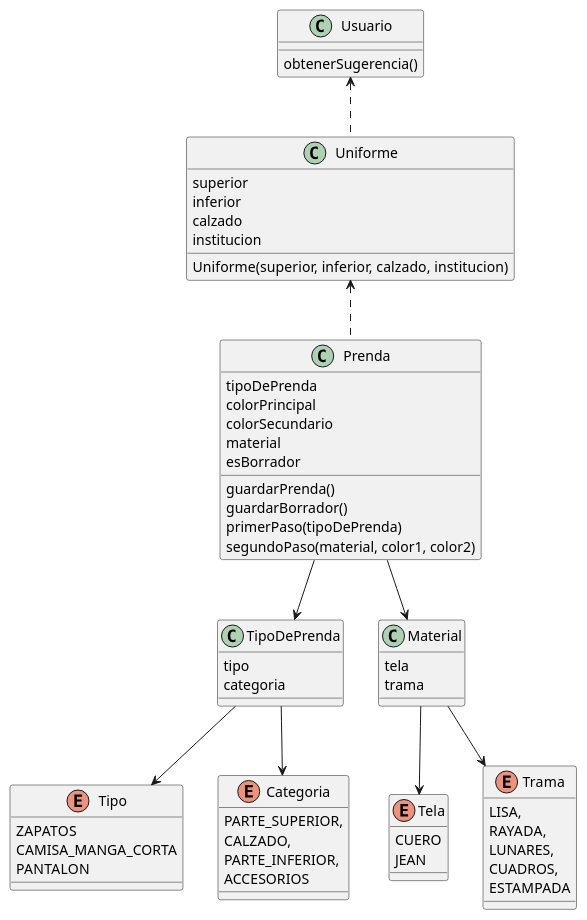
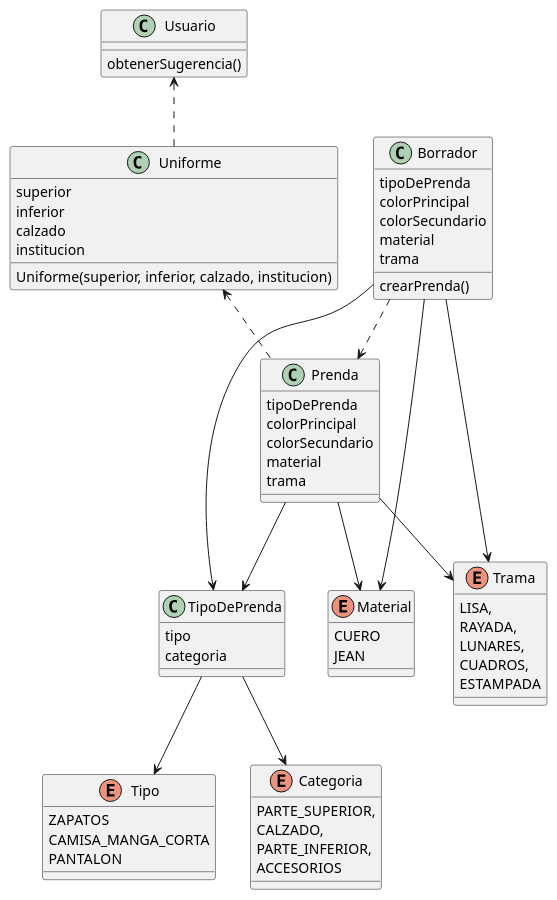
The diagram in diagrama.puml (mottato/que-me-pongo), drawn with PlantUML before and after one commit. The commit also changed 6 other files, not shown here.

```diff
--- a/diagrama.puml
+++ b/diagrama.puml
@@ -1,78 +1,79 @@
 @startuml
+class Borrador {
+    tipoDePrenda
+    colorPrincipal
+    colorSecundario
+    material
+    trama
+    crearPrenda()
+}
 
 class Prenda {
     tipoDePrenda
     colorPrincipal
     colorSecundario
     material
-    esBorrador
-
-    guardarPrenda()
-    guardarBorrador()
-    primerPaso(tipoDePrenda)
-    segundoPaso(material, color1, color2)
+    trama
 }
 
 class TipoDePrenda {
     tipo
     categoria
 }
 
 enum Tipo {
     ZAPATOS
     CAMISA_MANGA_CORTA
     PANTALON
 }
 
 enum Categoria {
     PARTE_SUPERIOR,
     CALZADO,
     PARTE_INFERIOR,
     ACCESORIOS
 }
 
-class Material {
-    tela
-    trama
-}
-
-enum Tela {
+enum Material {
     CUERO
     JEAN
 }
 
 enum Trama {
     LISA,
     RAYADA,
     LUNARES,
     CUADROS,
     ESTAMPADA
 }
 
 Prenda --> TipoDePrenda
 Prenda --> Material
+Prenda --> Trama
 
-Material --> Tela
-Material --> Trama
+Borrador --> TipoDePrenda
+Borrador --> Material
+Borrador --> Trama
+Borrador ..> Prenda
 
 TipoDePrenda --> Tipo
 TipoDePrenda --> Categoria
 
 
 '============= UNIFORME ===============
 class Uniforme {
     superior
     inferior
     calzado
     institucion
 
     Uniforme(superior, inferior, calzado, institucion)
 }
 
 class Usuario {
     obtenerSugerencia()
 }
 
 Uniforme <.. Prenda
 Usuario <.. Uniforme
 @enduml
```
